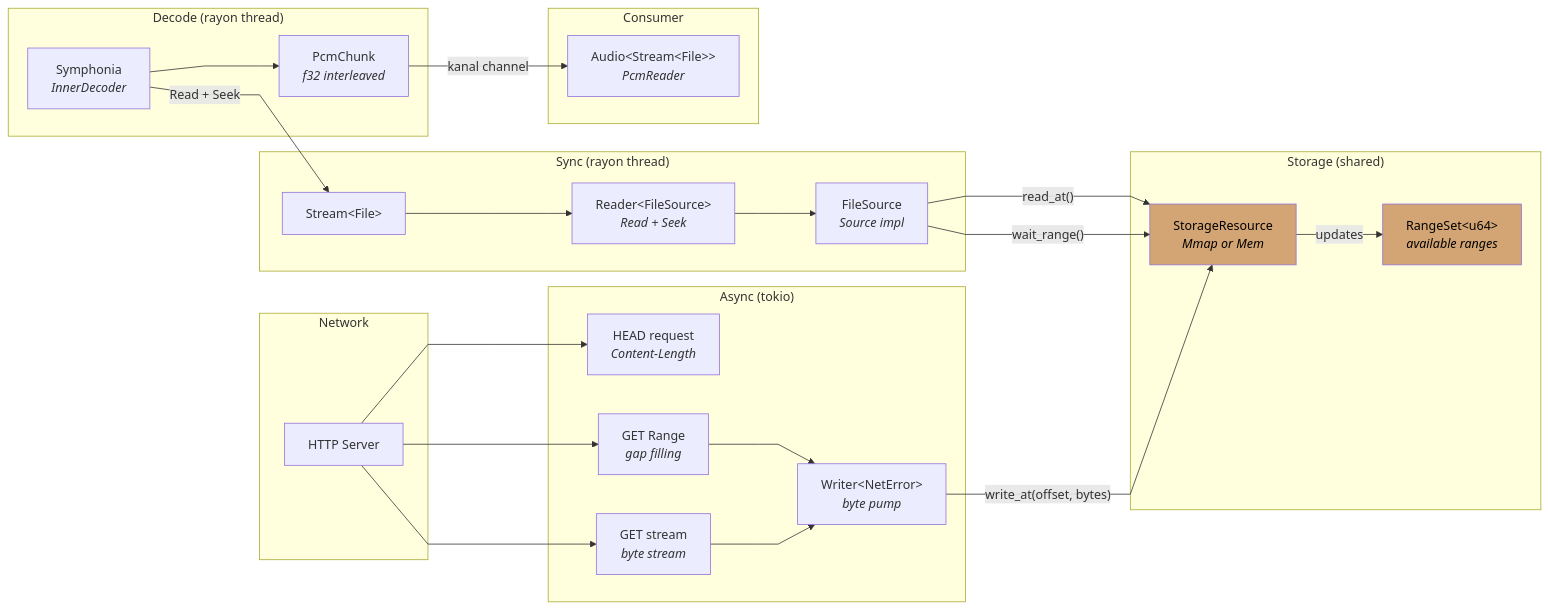
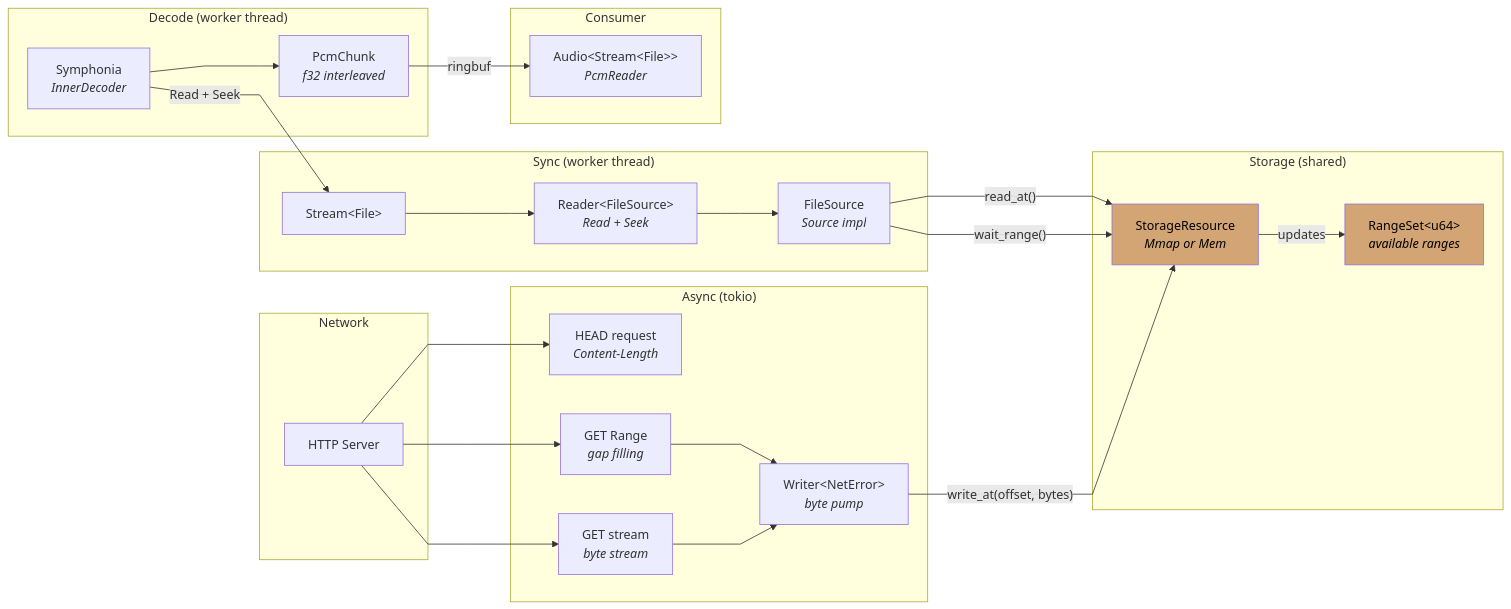
The diagram in crates/kithara-file/README.md (AlexanderShirokih/kithara), drawn with Mermaid before and after one commit. The commit also changed 563 other files, not shown here.

````diff
--- a/crates/kithara-file/README.md
+++ b/crates/kithara-file/README.md
@@ -30,52 +30,52 @@
 ```mermaid
 %%{init: {"flowchart": {"curve": "linear"}} }%%
 flowchart LR
     subgraph Network
         HTTP["HTTP Server"]
     end
 
     subgraph "Async (tokio)"
         HEAD["HEAD request<br/><i>Content-Length</i>"]
         GET["GET stream<br/><i>byte stream</i>"]
         Writer["Writer&lt;NetError&gt;<br/><i>byte pump</i>"]
         RangeReq["GET Range<br/><i>gap filling</i>"]
     end
 
     subgraph "Storage (shared)"
         SR["StorageResource<br/><i>Mmap or Mem</i>"]
         RS["RangeSet&lt;u64&gt;<br/><i>available ranges</i>"]
     end
 
-    subgraph "Sync (rayon thread)"
+    subgraph "Sync (worker thread)"
         FS["FileSource<br/><i>Source impl</i>"]
         Reader["Reader&lt;FileSource&gt;<br/><i>Read + Seek</i>"]
         StreamW["Stream&lt;File&gt;"]
     end
 
-    subgraph "Decode (rayon thread)"
+    subgraph "Decode (worker thread)"
         Decoder["Symphonia<br/><i>InnerDecoder</i>"]
         PCM["PcmChunk<br/><i>f32 interleaved</i>"]
     end
 
     subgraph "Consumer"
         Audio["Audio&lt;Stream&lt;File&gt;&gt;<br/><i>PcmReader</i>"]
     end
 
     HTTP --> HEAD
     HTTP --> GET
     HTTP --> RangeReq
     GET --> Writer
     RangeReq --> Writer
     Writer -- "write_at(offset, bytes)" --> SR
     SR -- "updates" --> RS
     FS -- "wait_range()" --> SR
     FS -- "read_at()" --> SR
     Reader --> FS
     StreamW --> Reader
     Decoder -- "Read + Seek" --> StreamW
     Decoder --> PCM
-    PCM -- "kanal channel" --> Audio
+    PCM -- "ringbuf" --> Audio
 
     style SR fill:#d4a574,color:#000
     style RS fill:#d4a574,color:#000
 ```
````
